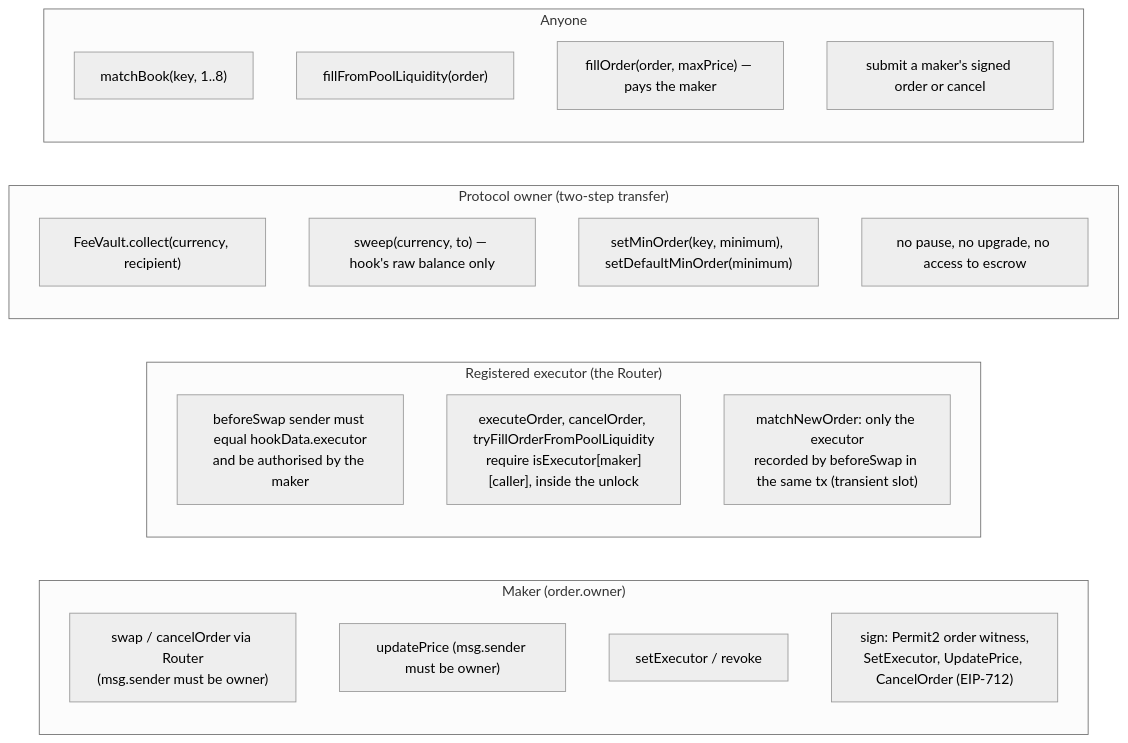
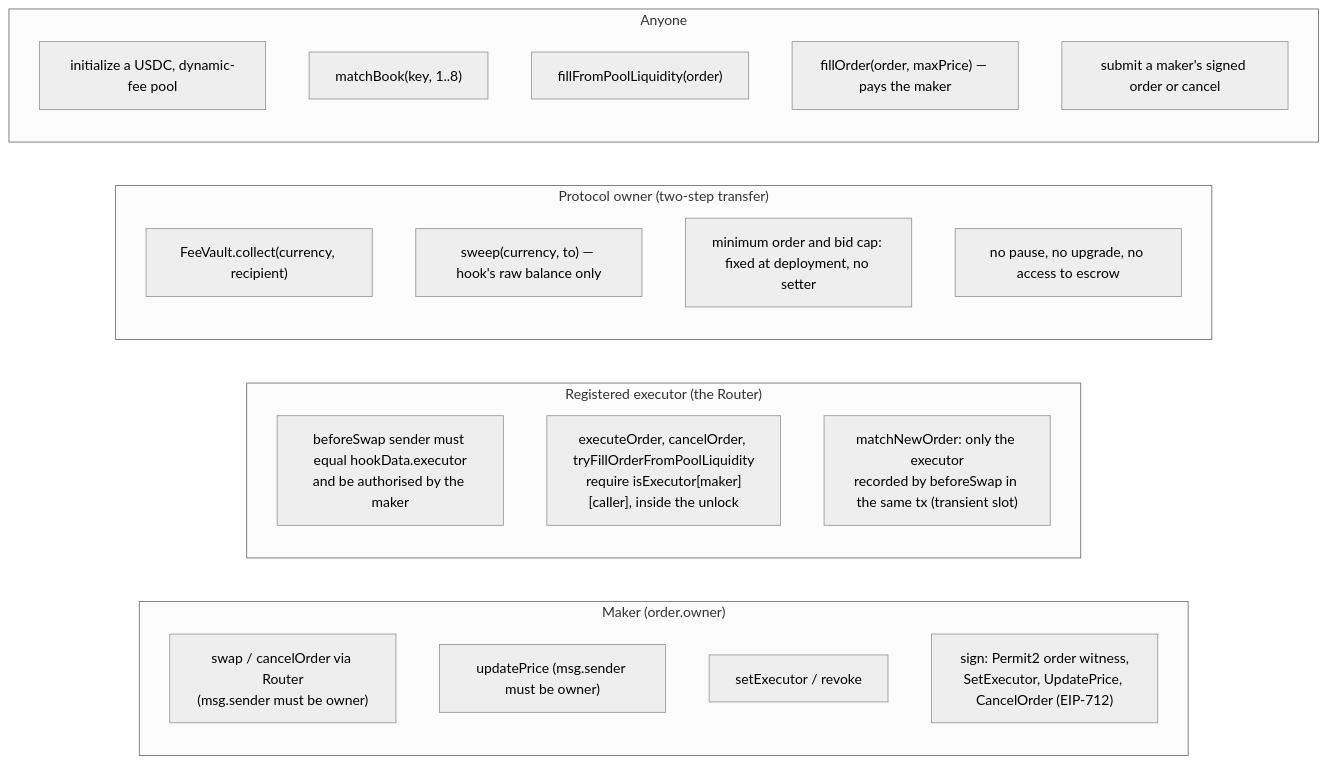
One commit to asyncswap/contracts changed the fourth of 5 diagrams in docs/protocol.md. Above: the diagram before and after it, drawn with Mermaid (neutral theme). The commit also changed other lines of this file and 50 other files, not shown here.

````diff
--- a/docs/protocol.md
+++ b/docs/protocol.md
@@ -223,26 +226,27 @@
 ```mermaid
 flowchart LR
     subgraph MakerRights["Maker (order.owner)"]
         m1["swap / cancelOrder via Router<br/>(msg.sender must be owner)"]
         m2["updatePrice (msg.sender must be owner)"]
         m3["setExecutor / revoke"]
         m4["sign: Permit2 order witness,<br/>SetExecutor, UpdatePrice, CancelOrder (EIP-712)"]
     end
     subgraph ExecutorRights["Registered executor (the Router)"]
         e1["beforeSwap sender must equal hookData.executor<br/>and be authorised by the maker"]
         e2["executeOrder, cancelOrder, tryFillOrderFromPoolLiquidity<br/>require isExecutor[maker][caller], inside the unlock"]
         e3["matchNewOrder: only the executor<br/>recorded by beforeSwap in the same tx (transient slot)"]
     end
     subgraph OwnerRights["Protocol owner (two-step transfer)"]
         o1["FeeVault.collect(currency, recipient)"]
         o2["sweep(currency, to) — hook's raw balance only"]
-        o3["setMinOrder(key, minimum), setDefaultMinOrder(minimum)"]
+        o3["minimum order and bid cap: fixed at deployment, no setter"]
         o4["no pause, no upgrade, no access to escrow"]
     end
     subgraph Public["Anyone"]
+        p0["initialize a USDC, dynamic-fee pool"]
         p1["matchBook(key, 1..8)"]
         p2["fillFromPoolLiquidity(order)"]
         p3["fillOrder(order, maxPrice) — pays the maker"]
         p4["submit a maker's signed order or cancel"]
     end
 ```
````
